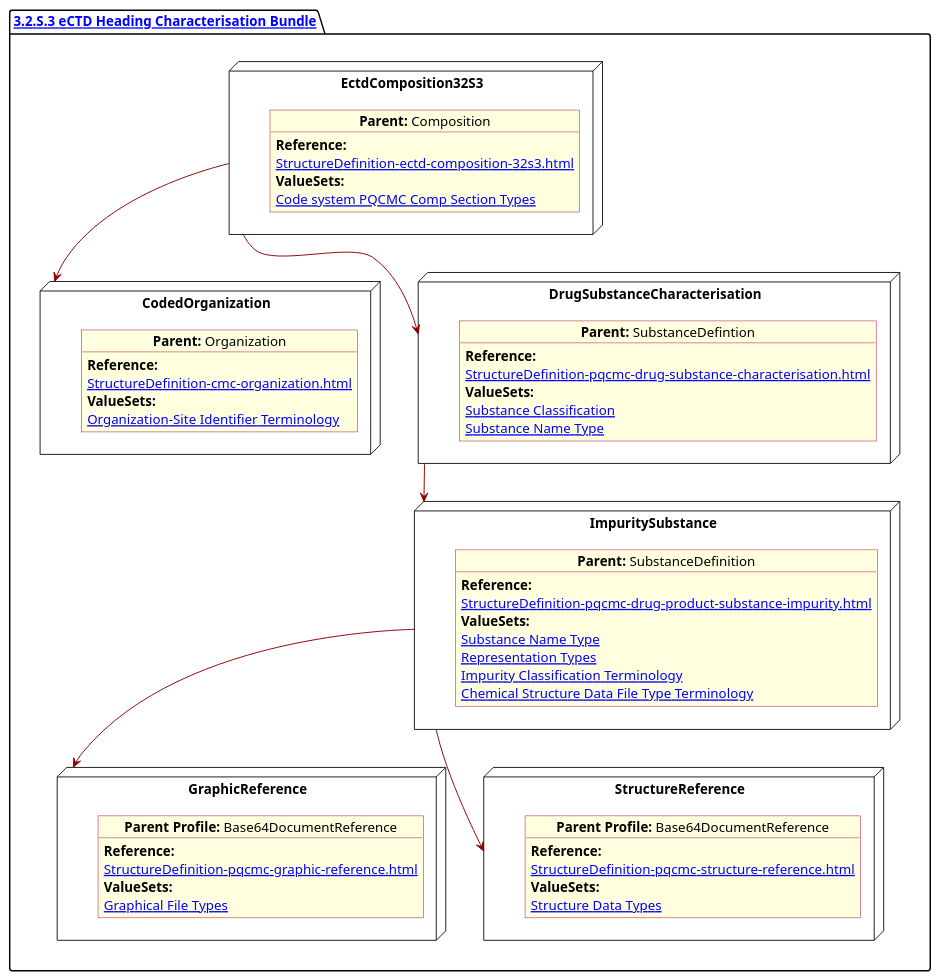
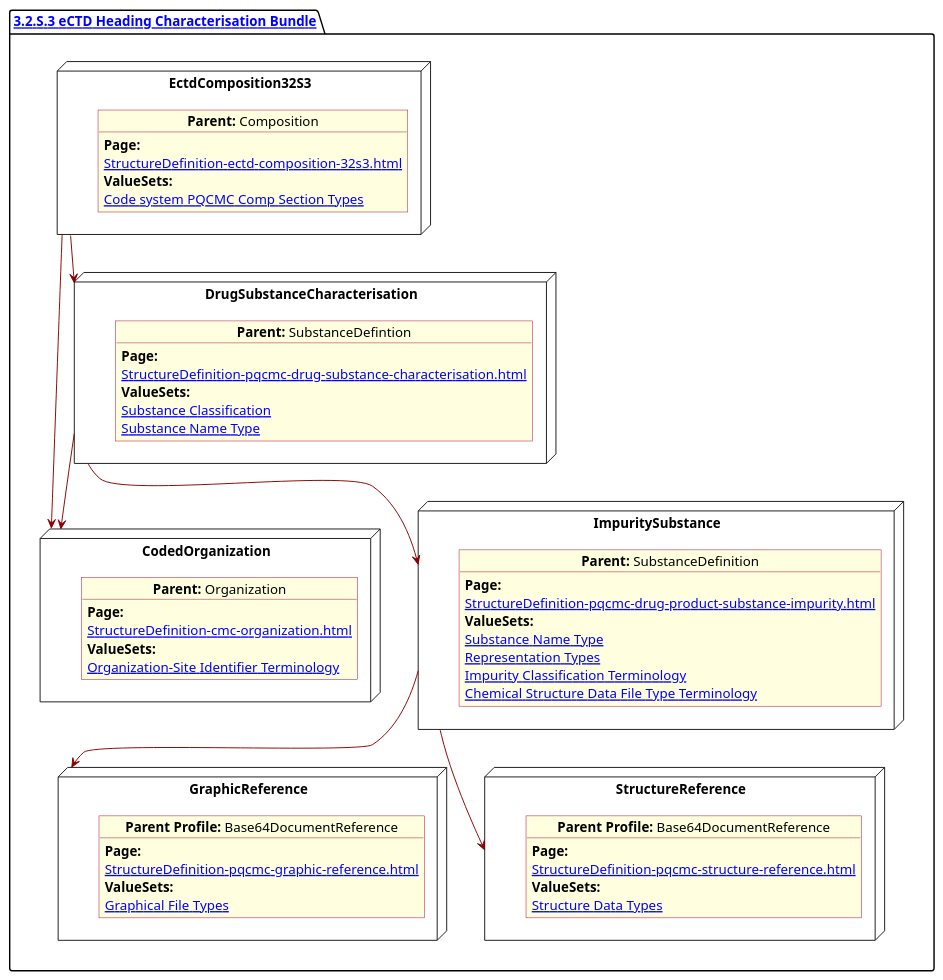
The diagram in input/images-source/SubstanceImpurity.plantuml (HL7/FHIR-us-pq-cmc-fda), drawn with PlantUML before and after one commit. The commit also changed 34 other files, not shown here.

```diff
--- a/input/images-source/SubstanceImpurity.plantuml
+++ b/input/images-source/SubstanceImpurity.plantuml
@@ -1,82 +1,83 @@
 @startuml SubstanceImpurity
 allowmixing
 'Mixed model of use case and object
 skinparam svgDimensionStyle false
 skinparam ObjectBackgroundColor LightYellow
 skinparam ObjectBorderColor #A80036
 skinparam activityDiamondBorderColor #A80036
 skinparam activityDiamondBackgroundColor lawnGreen
 skinparam ClassBorderThickness 4
 
 package "[[StructureDefinition-cmc-ectd-document-32s3.html 3.2.S.3 eCTD Heading Characterisation Bundle]]" as NODES {
 
   node "EctdComposition32S3" as N1 {
 
     object "**Parent:** Composition" as obj1 {
-      **Reference:**
+      **Page:**
       [[StructureDefinition-ectd-composition-32s3.html]]
       **ValueSets:**
       [[ValueSet-cmc-comp-section-types-vs.html Code system PQCMC Comp Section Types]]
     }
   }
   node "CodedOrganization" as NSO {
 
     object "**Parent:** Organization" as objAu {
-      **Reference:**
+      **Page:**
       [[StructureDefinition-cmc-organization.html]]
       **ValueSets:**
       [[ValueSet-pqcmc-org-identifier-type-terminology.html Organization-Site Identifier Terminology]]
     }
   }
 
   node "DrugSubstanceCharacterisation" as NN {
 
     object "**Parent:** SubstanceDefintion" as obj3 {
 
-      **Reference:**
+      **Page:**
       [[StructureDefinition-pqcmc-drug-substance-characterisation.html]]
       **ValueSets:**
       [[ValueSet-substance-classification.html Substance Classification]]
       [[ValueSet-pqcmc-substance-name-type.html Substance Name Type]]
     }
   }
 
   node "ImpuritySubstance" as N6 {
 
     object "**Parent:** SubstanceDefinition" as obj2 {
-      **Reference:**
+      **Page:**
       [[StructureDefinition-pqcmc-drug-product-substance-impurity.html]]
       **ValueSets:**
       [[ValueSet-pqcmc-substance-name-type.html Substance Name Type]]
       [[ValueSet-pqcmc-representation-types.html Representation Types]]
       [[ValueSet-pqcmc-impurity-classification-terminology.html Impurity Classification Terminology]]
       [[ValueSet-pqcmc-chemical-structure-datafile-type-terminology.html Chemical Structure Data File Type Terminology]]
     }
   }
   node "GraphicReference" as NB64 {
 
     object "**Parent Profile:** Base64DocumentReference"  as obj64 {
-      **Reference:**
+      **Page:**
       [[StructureDefinition-pqcmc-graphic-reference.html]]
       **ValueSets:**
       [[ValueSet-pqcmc-graphical-file-types.html Graphical File Types]]
     }
   }
 
   node "StructureReference" as NBstruc {
 
     object "**Parent Profile:** Base64DocumentReference"  as objb64 {
-      **Reference:**
+      **Page:**
       [[StructureDefinition-pqcmc-structure-reference.html]]
       **ValueSets:**
       [[ValueSet-pqcmc-structure-data-types.html Structure Data Types]]
     }
   }
 
   N1 -[#darkred]-> NSO
   NN -[#darkred]-> N6
+  NN -[#darkred]-> NSO
   N1 -[#darkred]-> NN
   N6 -[#darkred]-> NB64
   N6 -[#darkred]-> NBstruc
 }
 @enduml
```
